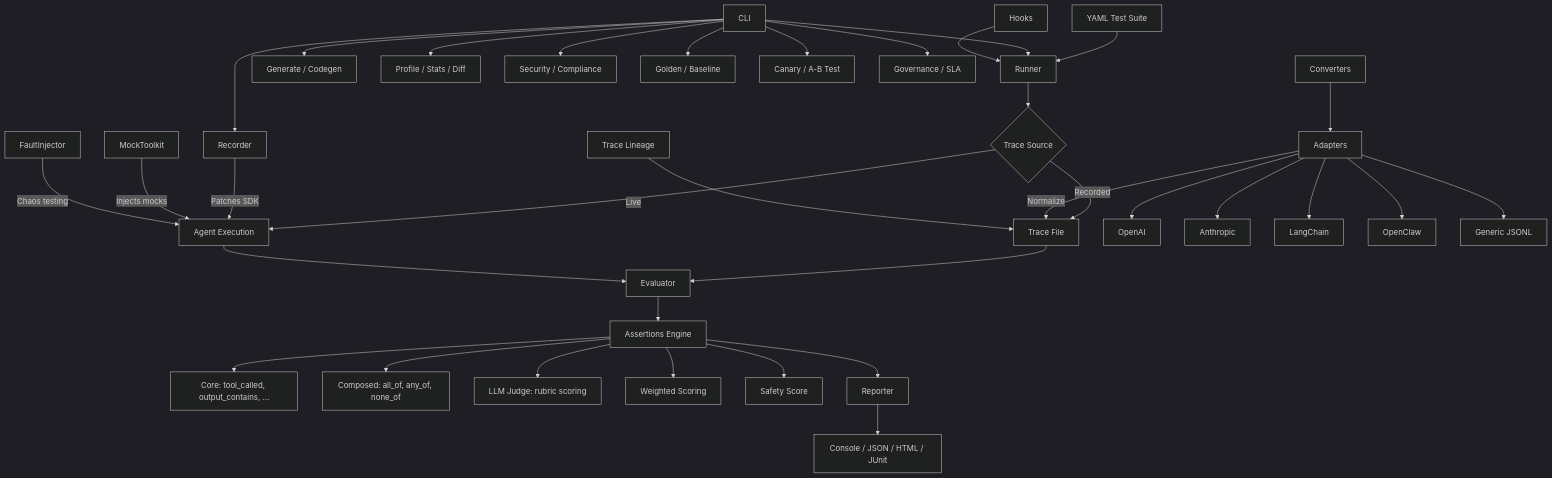
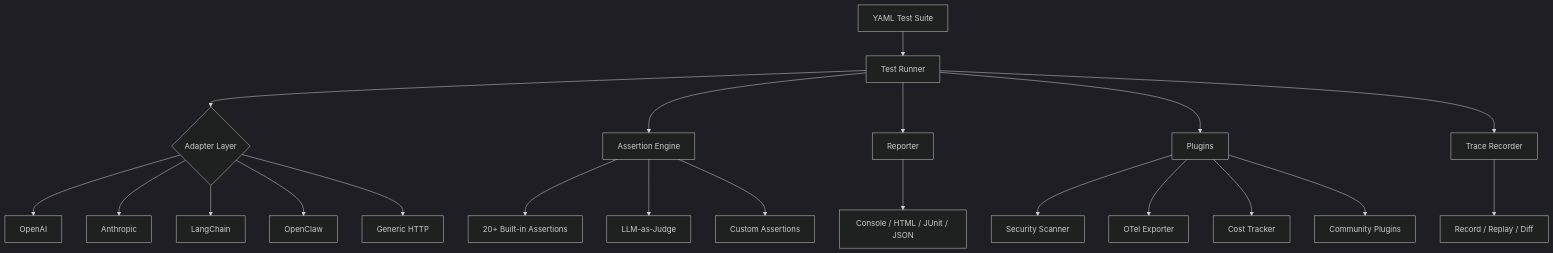
One commit to NeuZhou/agentprobe changed the diagram in README.md. Above: the diagram before and after it, drawn with Mermaid (dark theme). The commit also changed other lines of this file and 5 other files, not shown here.

````diff
--- a/README.md
+++ b/README.md
@@ -118,41 +71,23 @@
 ```mermaid
 graph TD
-    A[YAML Test Suite] --> B[Runner]
-    B --> C{Trace Source}
-    C -->|Recorded| D[Trace File]
-    C -->|Live| E[Agent Execution]
-    D --> F[Evaluator]
-    E --> F
-    F --> G[Assertions Engine]
-    G --> G1[Core: tool_called, output_contains, ...]
-    G --> G2[Composed: all_of, any_of, none_of]
-    G --> G3[LLM Judge: rubric scoring]
-    G --> G4[Weighted Scoring]
-    G --> G5[Safety Score]
-    G --> H[Reporter]
-    H --> H1[Console / JSON / HTML / JUnit]
-
-    I[Recorder] -->|Patches SDK| E
-    J[MockToolkit] -->|Injects mocks| E
-    K[FaultInjector] -->|Chaos testing| E
-
-    L[Adapters] -->|Normalize| D
-    L --> L1[OpenAI]
-    L --> L2[Anthropic]
-    L --> L3[LangChain]
-    L --> L4[OpenClaw]
-    L --> L5[Generic JSONL]
-
-    M[CLI] --> B
-    M --> I
-    M --> N[Generate / Codegen]
-    M --> O[Profile / Stats / Diff]
-    M --> P[Security / Compliance]
-    M --> Q[Golden / Baseline]
-    M --> R[Canary / A-B Test]
-    M --> S[Governance / SLA]
-
-    T[Hooks] --> B
-    U[Trace Lineage] --> D
-    V[Converters] --> L
+    A[YAML Test Suite] --> B[Test Runner]
+    B --> C{Adapter Layer}
+    C --> D[OpenAI]
+    C --> E[Anthropic]
+    C --> F[LangChain]
+    C --> G[OpenClaw]
+    C --> H[Generic HTTP]
+    B --> I[Assertion Engine]
+    I --> J[20+ Built-in Assertions]
+    I --> K[LLM-as-Judge]
+    I --> L[Custom Assertions]
+    B --> M[Reporter]
+    M --> N[Console / HTML / JUnit / JSON]
+    B --> O[Plugins]
+    O --> P[Security Scanner]
+    O --> Q[OTel Exporter]
+    O --> R[Cost Tracker]
+    O --> S[Community Plugins]
+    B --> T[Trace Recorder]
+    T --> U[Record / Replay / Diff]
 ```
````
